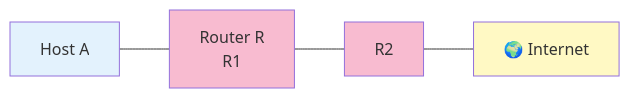
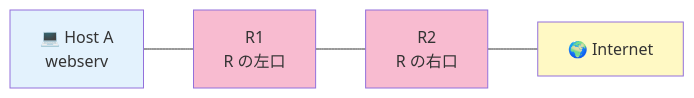
The first of 2 diagrams in docs/02-levels/level6.md (Tsunanko/netpractice-guide), drawn with Mermaid before and after one commit. The commit also changed other lines of this file and 14 other files, not shown here.

First line of the commit message:
Add visual progress diagrams and elementary explanations

````diff
--- a/docs/02-levels/level6.md
+++ b/docs/02-levels/level6.md
@@ -31,11 +30,11 @@
 ```mermaid
 flowchart LR
-    A[Host A] --- R1[Router R<br>R1]
-    R1 --- R2[R2]
+    A[💻 Host A<br>webserv] --- R1[R1<br>R の左口]
+    R1 --- R2[R2<br>R の右口]
     R2 --- I[🌍 Internet]
 
     style A fill:#E3F2FD
     style R1 fill:#F8BBD0
     style R2 fill:#F8BBD0
     style I fill:#FFF9C4
 ```
````
